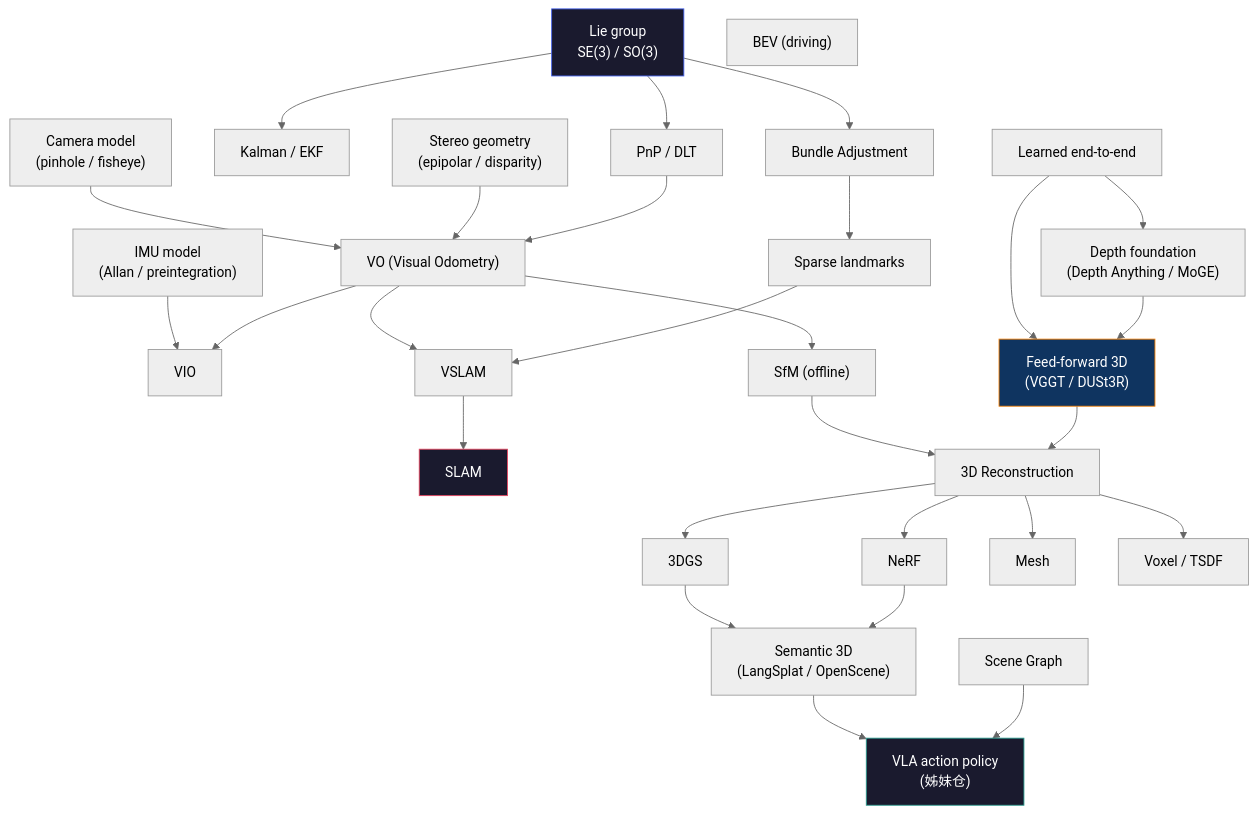
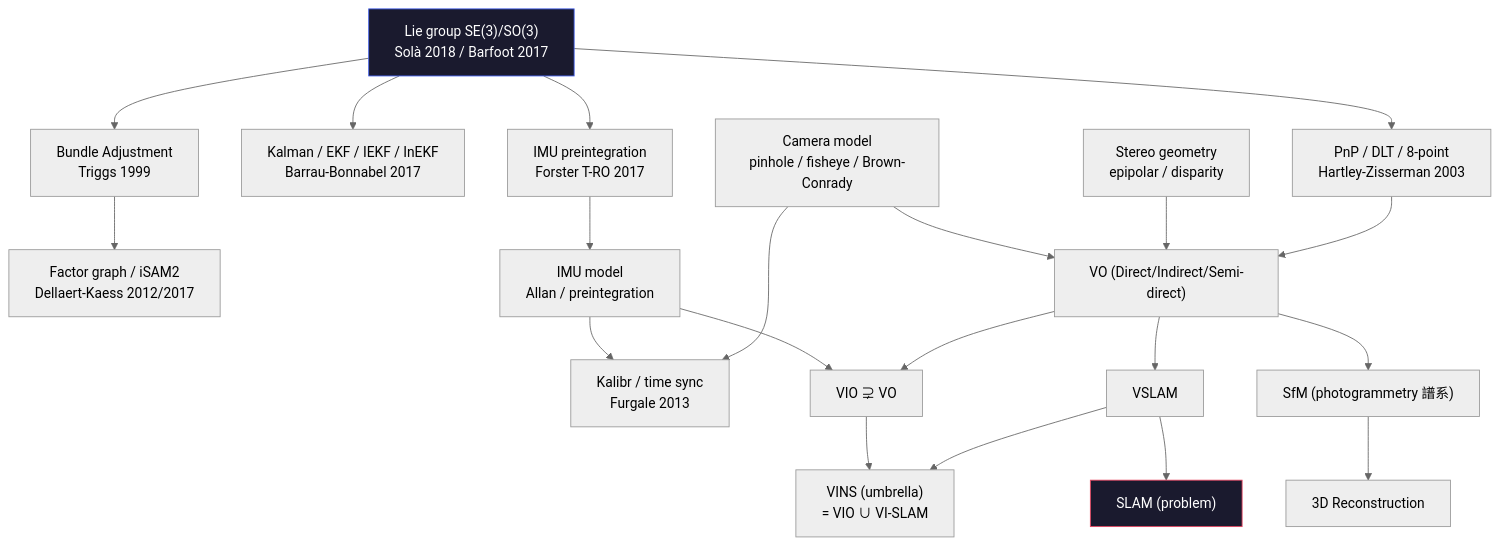
Before and after one commit to sou350121/Spatial-Intelligence-Handbook: the diagram in cheat-sheet/ontology.md, drawn with Mermaid (neutral theme). The commit also changed other lines of this file, not shown here.

````diff
--- a/cheat-sheet/ontology.md
+++ b/cheat-sheet/ontology.md
@@ -300,74 +528,50 @@
 ```mermaid
 graph TD
     %% 數學底層
-    LIE["Lie group<br/>SE(3) / SO(3)"]
-    BA["Bundle Adjustment"]
-    EKF["Kalman / EKF"]
-    PNP["PnP / DLT"]
+    LIE["Lie group SE(3)/SO(3)<br/>Solà 2018 / Barfoot 2017"]
+    BA["Bundle Adjustment<br/>Triggs 1999"]
+    EKF["Kalman / EKF / IEKF / InEKF<br/>Barrau-Bonnabel 2017"]
+    PNP["PnP / DLT / 8-point<br/>Hartley-Zisserman 2003"]
+    FG["Factor graph / iSAM2<br/>Dellaert-Kaess 2012/2017"]
+    PREINT["IMU preintegration<br/>Forster T-RO 2017"]
 
     LIE --> BA
     LIE --> EKF
     LIE --> PNP
+    LIE --> PREINT
+    BA --> FG
 
     %% 物理感知層
-    IMU["IMU model<br/>(Allan / preintegration)"]
-    CAM["Camera model<br/>(pinhole / fisheye)"]
-    STEREO["Stereo geometry<br/>(epipolar / disparity)"]
+    IMU["IMU model<br/>Allan / preintegration"]
+    CAM["Camera model<br/>pinhole / fisheye / Brown-Conrady"]
+    STEREO["Stereo geometry<br/>epipolar / disparity"]
+    KALIBR["Kalibr / time sync<br/>Furgale 2013"]
+
+    PREINT --> IMU
+    IMU --> KALIBR
+    CAM --> KALIBR
 
     %% Problem 層
-    VO["VO (Visual Odometry)"]
-    VIO["VIO"]
+    VO["VO (Direct/Indirect/Semi-direct)"]
+    VIO["VIO ⊋ VO"]
     VSLAM["VSLAM"]
-    SFM["SfM (offline)"]
-    SLAM["SLAM"]
+    VINS["VINS (umbrella)<br/>= VIO ∪ VI-SLAM"]
+    SFM["SfM (photogrammetry 譜系)"]
+    SLAM["SLAM (problem)"]
     RECON["3D Reconstruction"]
 
     CAM --> VO
     STEREO --> VO
     PNP --> VO
     IMU --> VIO
     VO --> VIO
+    VIO --> VINS
+    VSLAM --> VINS
     VO --> VSLAM
     VSLAM --> SLAM
     VO --> SFM
     SFM --> RECON
 
-    %% 表徵層
-    SPARSE["Sparse landmarks"]
-    NERF_R["NeRF"]
-    GS["3DGS"]
-    MESH["Mesh"]
-    VOXEL["Voxel / TSDF"]
-    BEV["BEV (driving)"]
-    SG["Scene Graph"]
-
-    BA --> SPARSE
-    SPARSE --> VSLAM
-    RECON --> NERF_R
-    RECON --> GS
-    RECON --> MESH
-    RECON --> VOXEL
-
-    %% 現代 paradigm
-    FF["Feed-forward 3D<br/>(VGGT / DUSt3R)"]
-    DF["Depth foundation<br/>(Depth Anything / MoGE)"]
-    LEARN["Learned end-to-end"]
-
-    LEARN --> FF
-    LEARN --> DF
-    FF --> RECON
-    DF --> FF
-
-    %% Action 接口
-    SEM["Semantic 3D<br/>(LangSplat / OpenScene)"]
-    GS --> SEM
-    NERF_R --> SEM
-    VLA["VLA action policy<br/>(姊妹仓)"]
-    SEM --> VLA
-    SG --> VLA
-
     style LIE fill:#1a1a2e,stroke:#4361ee,color:#fff
-    style FF fill:#0f3460,stroke:#f77f00,color:#fff
-    style VLA fill:#1a1a2e,stroke:#2a9d8f,color:#fff
     style SLAM fill:#1a1a2e,stroke:#e94560,color:#fff
 ```
````
